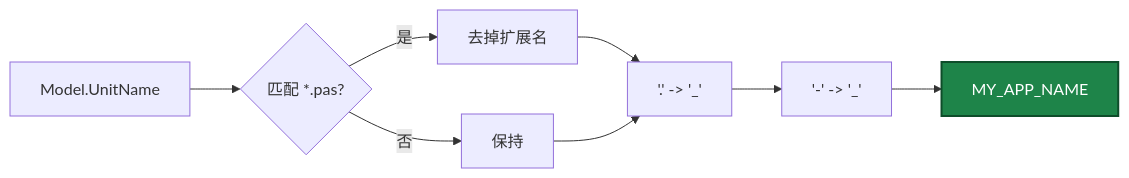
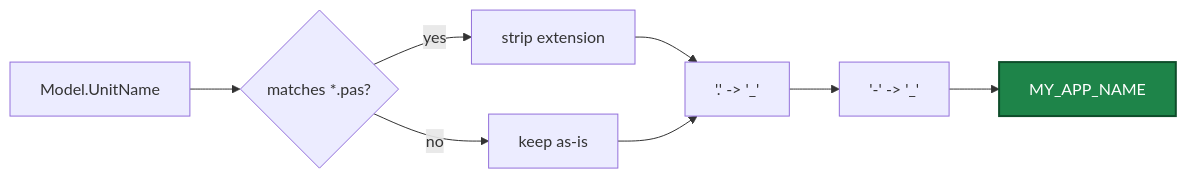
Before and after one commit to PassByYou888/LingoFuse-Tools: the tenth of 13 diagrams in src/pascal_c_to_mcp/MCP_API_Contract.md, drawn with Mermaid. The commit also changed other lines of this file, not shown here.

````diff
--- a/src/pascal_c_to_mcp/MCP_API_Contract.md
+++ b/src/pascal_c_to_mcp/MCP_API_Contract.md
@@ -1125,12 +1125,12 @@
 ```mermaid
 flowchart LR
-    A["Model.UnitName"] --> B{"匹配 *.pas?"}
-    B -- "是" --> C["去掉扩展名"]
-    B -- "否" --> D["保持"]
+    A["Model.UnitName"] --> B{"matches *.pas?"}
+    B -- "yes" --> C["strip extension"]
+    B -- "no" --> D["keep as-is"]
     C --> E["'.' -> '_'"]
     D --> E
     E --> F["'-' -> '_'"]
     F --> G["MY_APP_NAME"]
 
     style G fill:#1E8449,stroke:#0E4D2A,stroke-width:2px,color:#FFFFFF
 ```
````
